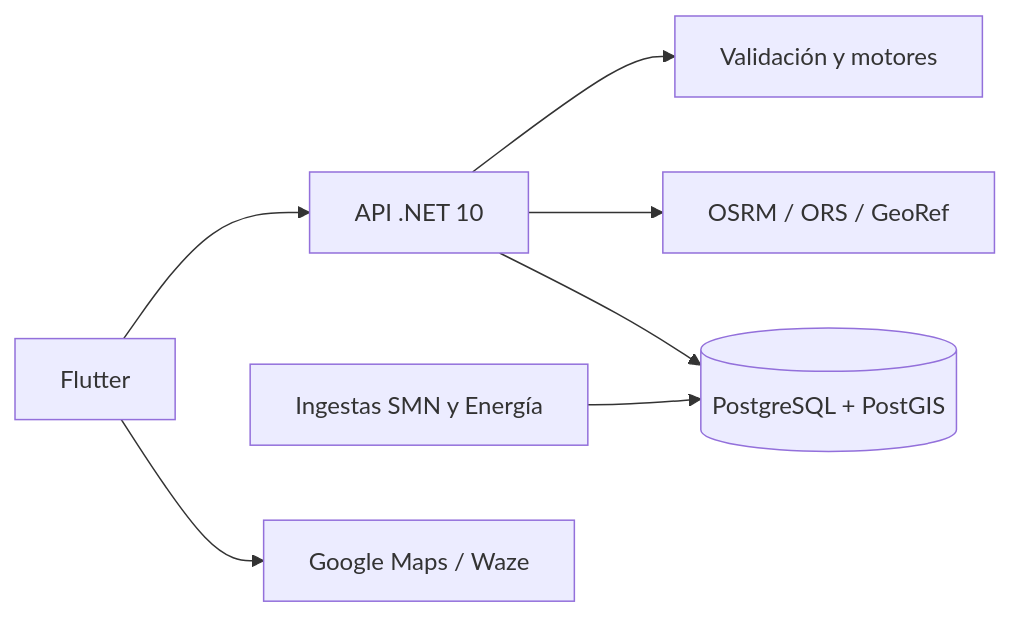
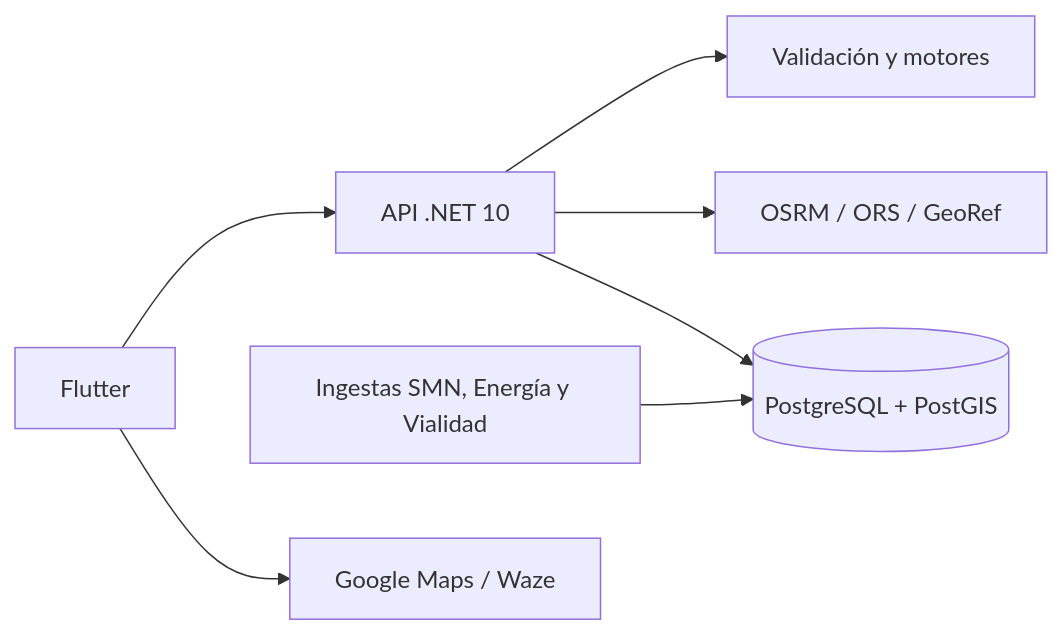
Before and after one commit to RodrigoBombieri/ruta-smart: the diagram in ARCHITECTURE.md, drawn with Mermaid. The commit also changed other lines of this file and 37 other files, not shown here.

````diff
--- a/ARCHITECTURE.md
+++ b/ARCHITECTURE.md
@@ -3,9 +3,9 @@
 ```mermaid
 flowchart LR
     UI[Flutter] --> API[API .NET 10]
     API --> CORE[Validación y motores]
     API --> ROUTE[OSRM / ORS / GeoRef]
-    JOB[Ingestas SMN y Energía] --> DB[(PostgreSQL + PostGIS)]
+    JOB[Ingestas SMN, Energía y Vialidad] --> DB[(PostgreSQL + PostGIS)]
     API --> DB
     UI --> NAV[Google Maps / Waze]
 ```
````
